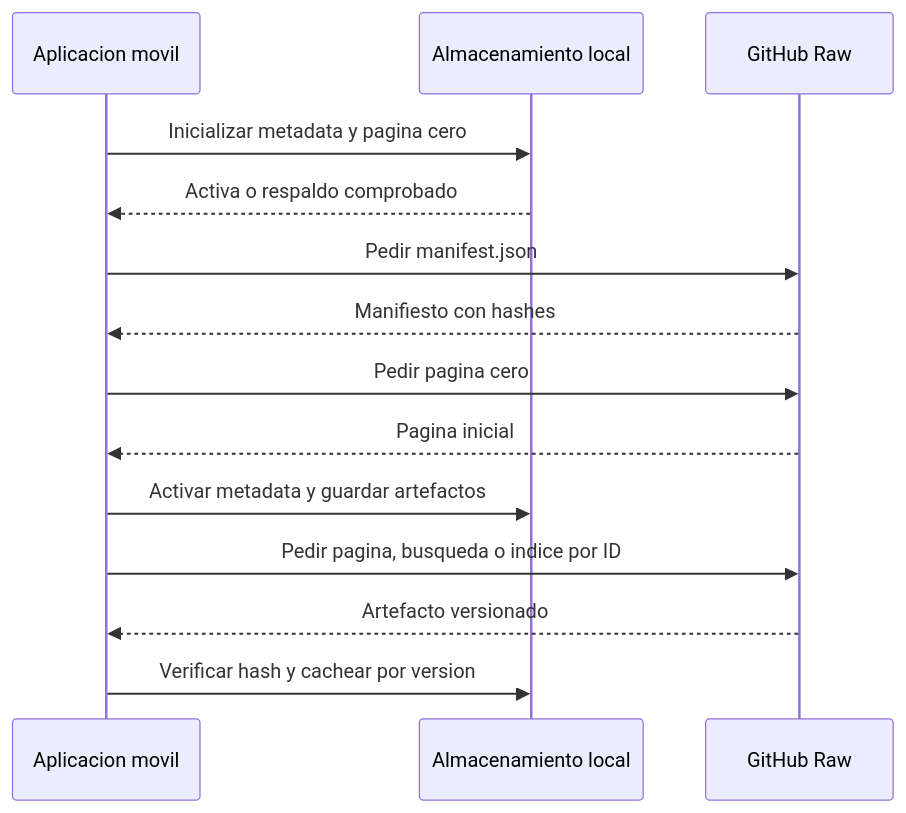
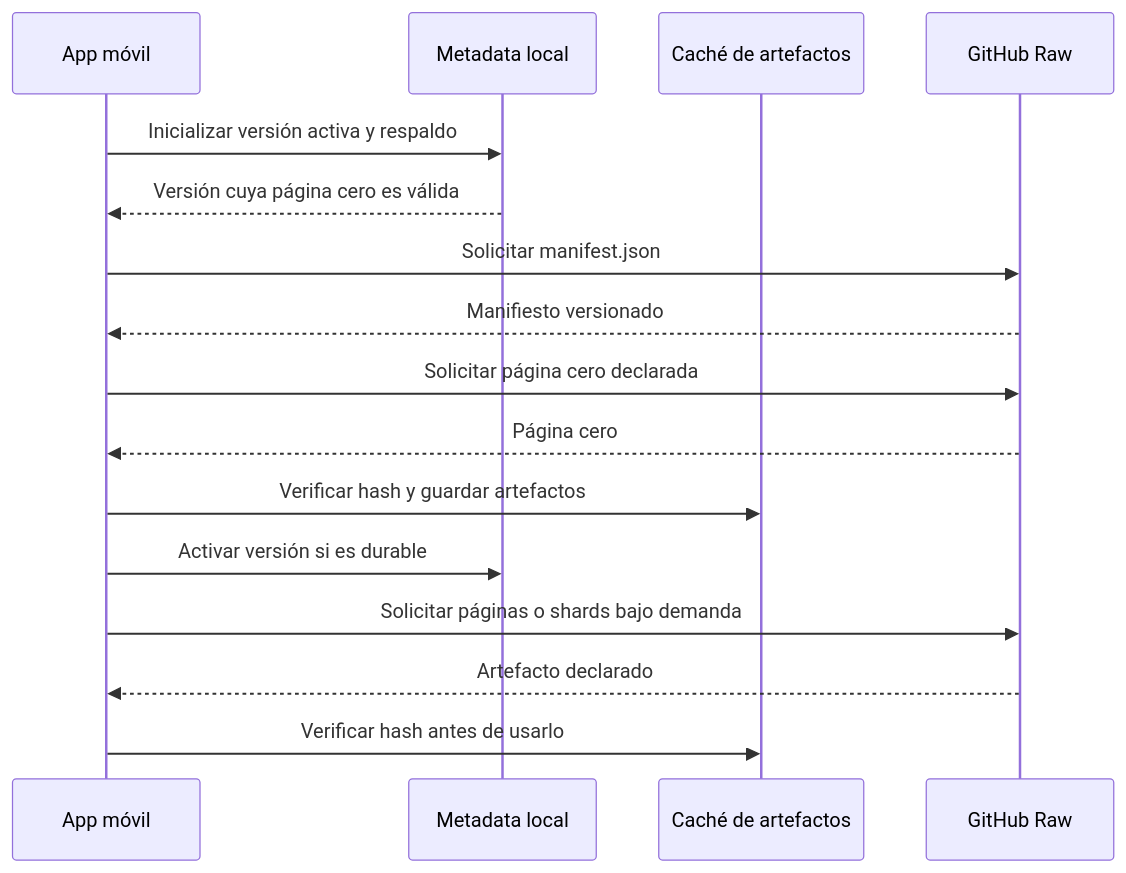
The second of 2 diagrams in openwiki/content/repositories.md (maximofn/gymnasia), drawn with Mermaid before and after one commit. The commit also changed other lines of this file and 22 other files, not shown here.

````diff
--- a/openwiki/content/repositories.md
+++ b/openwiki/content/repositories.md
@@ -120,16 +140,18 @@
 ```mermaid
 sequenceDiagram
-    participant App as Aplicacion movil
-    participant Store as Almacenamiento local
+    participant Client as App móvil
+    participant Meta as Metadata local
+    participant Cache as Caché de artefactos
     participant Raw as GitHub Raw
-    App->>Store: Inicializar metadata y pagina cero
-    Store-->>App: Activa o respaldo comprobado
-    App->>Raw: Pedir manifest.json
-    Raw-->>App: Manifiesto con hashes
-    App->>Raw: Pedir pagina cero
-    Raw-->>App: Pagina inicial
-    App->>Store: Activar metadata y guardar artefactos
-    App->>Raw: Pedir pagina, busqueda o indice por ID
-    Raw-->>App: Artefacto versionado
-    App->>Store: Verificar hash y cachear por version
+    Client->>Meta: Inicializar versión activa y respaldo
+    Meta-->>Client: Versión cuya página cero es válida
+    Client->>Raw: Solicitar manifest.json
+    Raw-->>Client: Manifiesto versionado
+    Client->>Raw: Solicitar página cero declarada
+    Raw-->>Client: Página cero
+    Client->>Cache: Verificar hash y guardar artefactos
+    Client->>Meta: Activar versión si es durable
+    Client->>Raw: Solicitar páginas o shards bajo demanda
+    Raw-->>Client: Artefacto declarado
+    Client->>Cache: Verificar hash antes de usarlo
 ```
````
